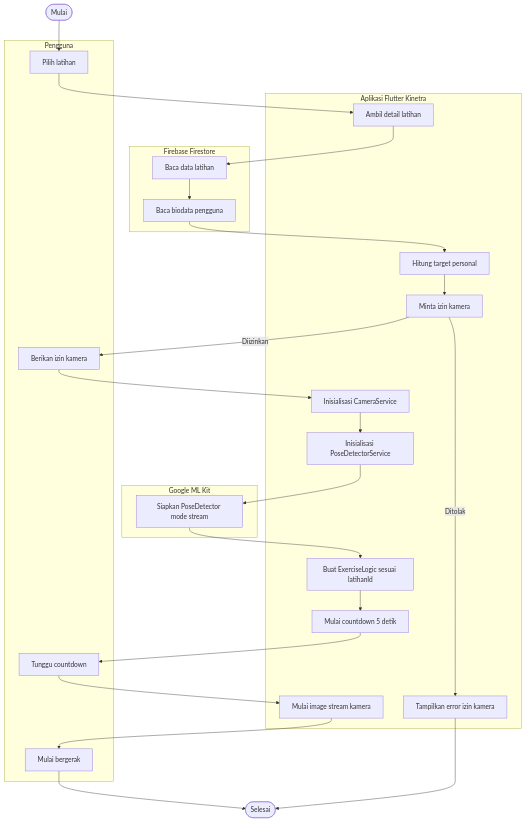
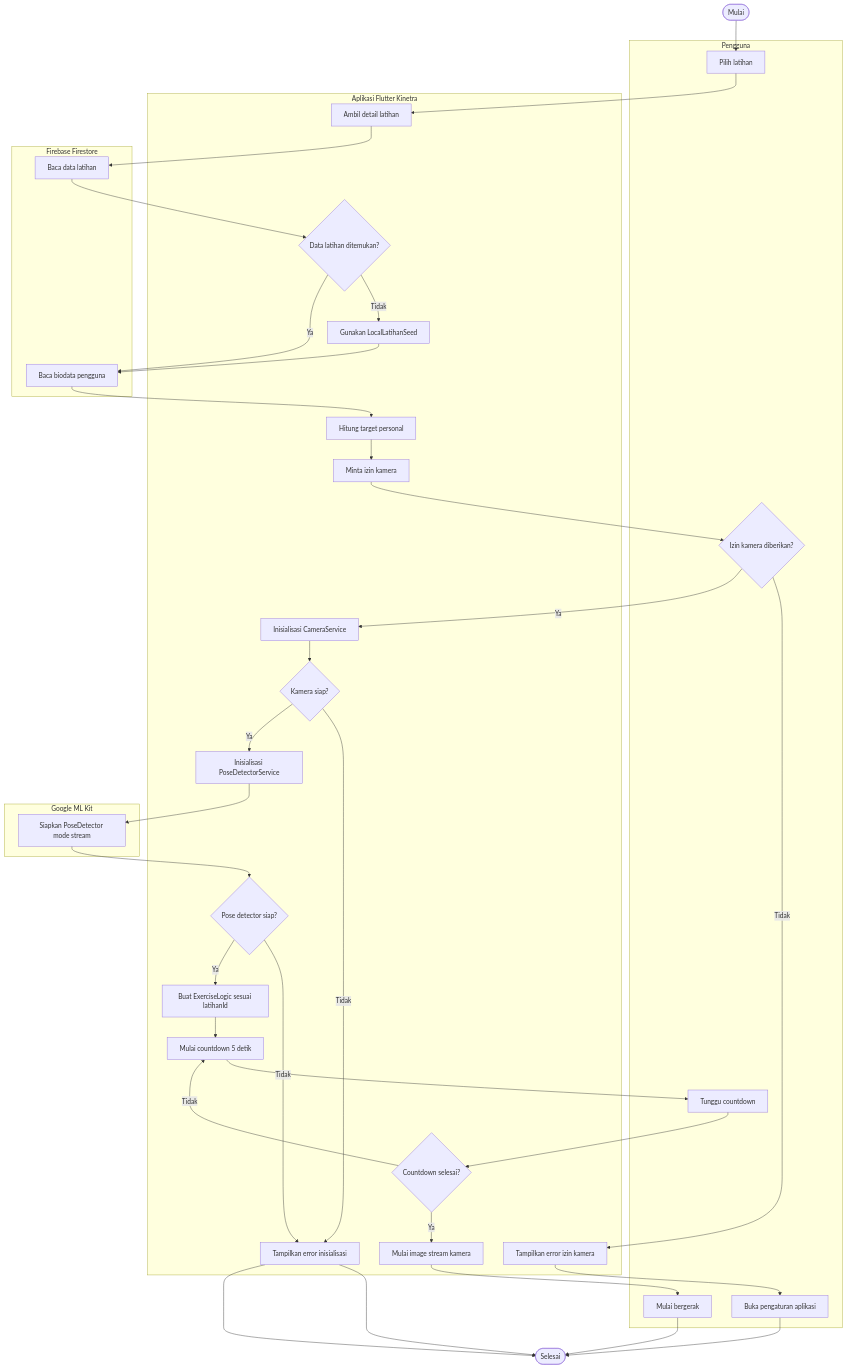
Before and after one commit to arifrachmatdx/Kinetra: the eighth of 26 diagrams in docs/uml.md, drawn with Mermaid. The commit also changed other lines of this file and 1 other file, not shown here.

Commit message:
docs: add detailed UML decisions and alternatives

````diff
--- a/docs/uml.md
+++ b/docs/uml.md
@@ -238,32 +306,48 @@
 ```mermaid
 flowchart TD
     Start([Mulai])
     subgraph User["Pengguna"]
         ChooseWorkout[Pilih latihan]
-        GrantPermission[Berikan izin kamera]
+        PermissionDecision{Izin kamera diberikan?}
+        OpenSettings[Buka pengaturan aplikasi]
         WaitCountdown[Tunggu countdown]
         StartMoving[Mulai bergerak]
     end
     subgraph App["Aplikasi Flutter Kinetra"]
         LoadLatihan[Ambil detail latihan]
+        LatihanFound{Data latihan ditemukan?}
+        UseLocalLatihan[Gunakan LocalLatihanSeed]
         CalculateTarget[Hitung target personal]
         RequestCameraPermission[Minta izin kamera]
         InitCamera[Inisialisasi CameraService]
+        CameraReady{Kamera siap?}
         InitPoseDetector[Inisialisasi PoseDetectorService]
+        DetectorReady{Pose detector siap?}
         CreateLogic[Buat ExerciseLogic sesuai latihanId]
         StartCountdown[Mulai countdown 5 detik]
+        CountdownDone{Countdown selesai?}
         StartImageStream[Mulai image stream kamera]
         ShowPermissionError[Tampilkan error izin kamera]
+        ShowInitError[Tampilkan error inisialisasi]
     end
     subgraph DB["Firebase Firestore"]
         ReadLatihan[Baca data latihan]
         ReadBiodata[Baca biodata pengguna]
     end
     subgraph MLKit["Google ML Kit"]
         PrepareDetector[Siapkan PoseDetector mode stream]
     end
 
-    Start --> ChooseWorkout --> LoadLatihan --> ReadLatihan --> ReadBiodata --> CalculateTarget --> RequestCameraPermission
-    RequestCameraPermission -->|Diizinkan| GrantPermission --> InitCamera --> InitPoseDetector --> PrepareDetector --> CreateLogic --> StartCountdown --> WaitCountdown --> StartImageStream --> StartMoving --> End([Selesai])
-    RequestCameraPermission -->|Ditolak| ShowPermissionError --> End
+    Start --> ChooseWorkout --> LoadLatihan --> ReadLatihan --> LatihanFound
+    LatihanFound -->|Tidak| UseLocalLatihan --> ReadBiodata
+    LatihanFound -->|Ya| ReadBiodata
+    ReadBiodata --> CalculateTarget --> RequestCameraPermission --> PermissionDecision
+    PermissionDecision -->|Tidak| ShowPermissionError --> OpenSettings --> End([Selesai])
+    PermissionDecision -->|Ya| InitCamera --> CameraReady
+    CameraReady -->|Tidak| ShowInitError --> End
+    CameraReady -->|Ya| InitPoseDetector --> PrepareDetector --> DetectorReady
+    DetectorReady -->|Tidak| ShowInitError --> End
+    DetectorReady -->|Ya| CreateLogic --> StartCountdown --> WaitCountdown --> CountdownDone
+    CountdownDone -->|Tidak| StartCountdown
+    CountdownDone -->|Ya| StartImageStream --> StartMoving --> End
 ```
````
